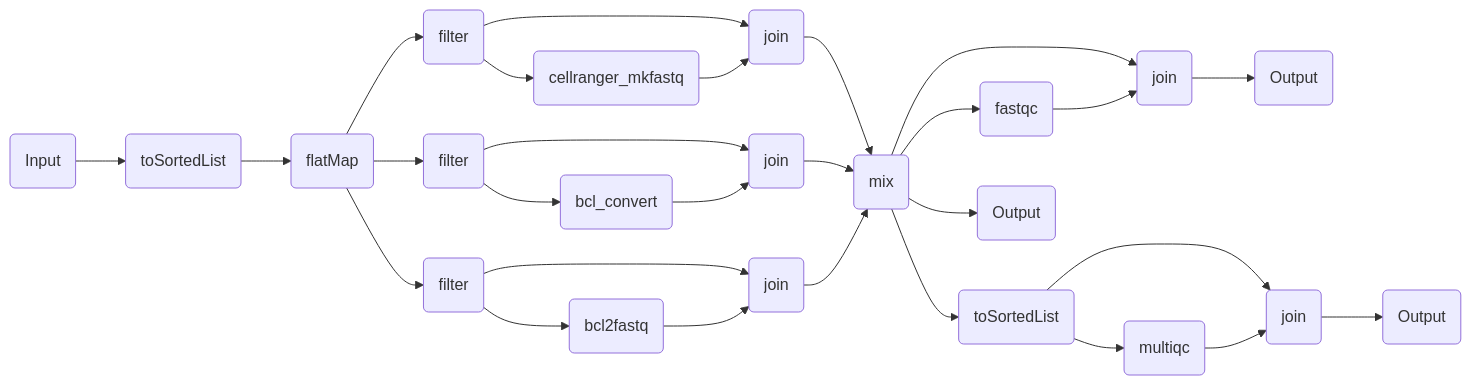
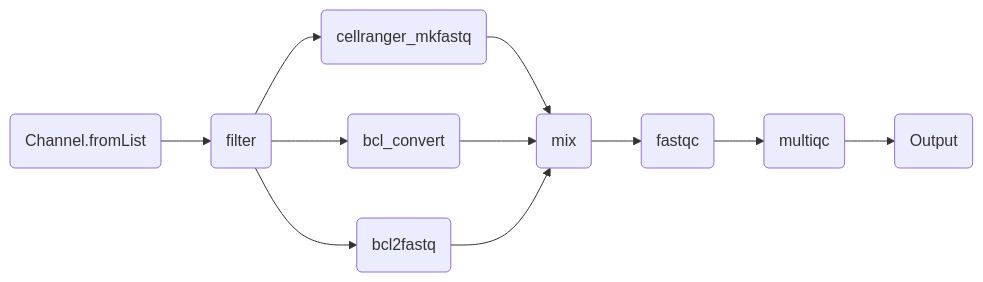
The diagram in components/workflows/ingestion/demux.qmd (openpipelines-bio/website), drawn with Mermaid before and after one commit. The commit also changed other lines of this file and 143 other files, not shown here.

````diff
--- a/components/workflows/ingestion/demux.qmd
+++ b/components/workflows/ingestion/demux.qmd
@@ -96,53 +102,24 @@
 ```{mermaid}
 %%| column: screen-inset-shaded
 flowchart LR
-    v0(Input)
-    v2(toSortedList)
-    v4(flatMap)
-    v5(filter)
-    v10(cellranger_mkfastq)
-    v12(join)
-    v35(mix)
-    v15(filter)
-    v20(bcl_convert)
-    v22(join)
-    v25(filter)
-    v30(bcl2fastq)
-    v32(join)
-    v41(fastqc)
-    v43(join)
-    v46(Output)
-    v48(toSortedList)
-    v54(multiqc)
-    v56(join)
-    v59(Output)
-    v64(Output)
-    v4-->v5
-    v4-->v15
-    v4-->v25
+    v0(Channel.fromList)
+    v2(filter)
+    v19(cellranger_mkfastq)
+    v78(mix)
+    v42(bcl_convert)
+    v65(bcl2fastq)
+    v87(fastqc)
+    v107(multiqc)
+    v135(Output)
     v0-->v2
-    v2-->v4
-    v5-->v12
-    v5-->v10
-    v10-->v12
-    v12-->v35
-    v15-->v22
-    v15-->v20
-    v20-->v22
-    v22-->v35
-    v25-->v32
-    v25-->v30
-    v30-->v32
-    v32-->v35
-    v35-->v43
-    v35-->v41
-    v41-->v43
-    v43-->v46
-    v35-->v48
-    v48-->v56
-    v48-->v54
-    v54-->v56
-    v56-->v59
-    v35-->v64
+    v2-->v19
+    v19-->v78
+    v2-->v42
+    v42-->v78
+    v2-->v65
+    v65-->v78
+    v78-->v87
+    v87-->v107
+    v107-->v135
 
 ```
````
